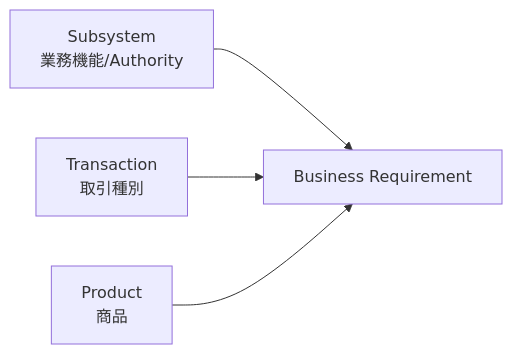
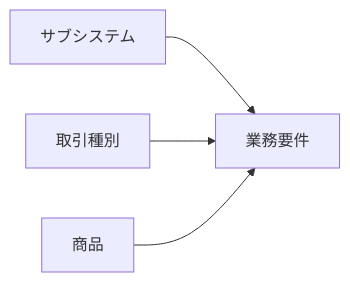
Before and after one commit to skyTreeCN/jp-securitie-skills: the diagram in docs/10-設計文書/01-全体設計/分類モデル.md, drawn with Mermaid. The commit also changed other lines of this file, not shown here.

````diff
--- a/docs/10-設計文書/01-全体設計/分類モデル.md
+++ b/docs/10-設計文書/01-全体設計/分類モデル.md
@@ -16,11 +11,6 @@
 ```mermaid
 flowchart LR
-  SS[Subsystem\n業務機能/Authority]
-  TR[Transaction\n取引種別]
-  PR[Product\n商品]
-  REQ[Business Requirement]
-
-  SS --> REQ
-  TR --> REQ
-  PR --> REQ
+  SS[サブシステム] --> R[業務要件]
+  TR[取引種別] --> R
+  PR[商品] --> R
 ```
````
